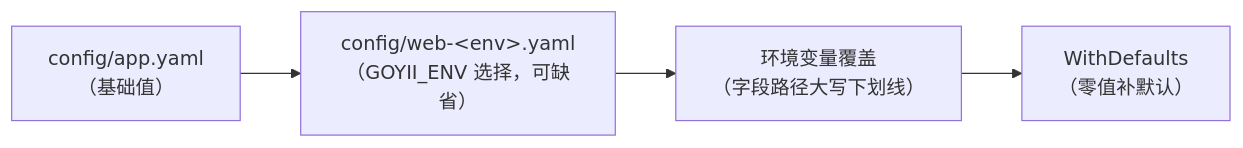
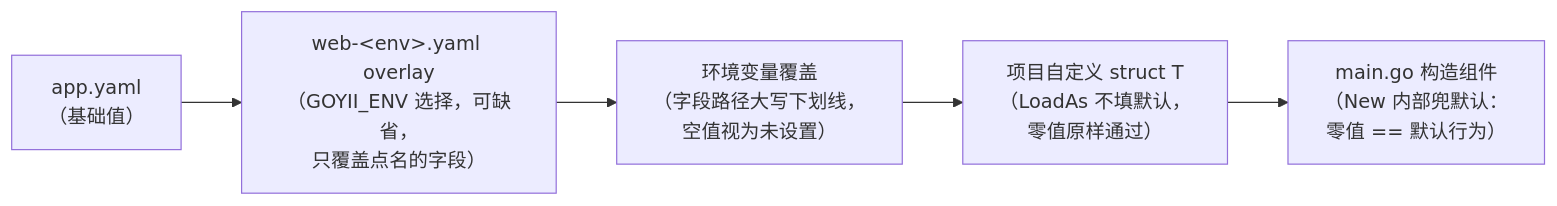
Before and after one commit to goyii2/framework: the diagram in docs/配置参考.md, drawn with Mermaid. The commit also changed other lines of this file and 2 other files, not shown here.

````diff
--- a/docs/配置参考.md
+++ b/docs/配置参考.md
@@ -7,6 +7,7 @@
 ```mermaid
 flowchart LR
-    A["config/app.yaml<br/>（基础值）"] --> B["config/web-&lt;env&gt;.yaml<br/>（GOYII_ENV 选择，可缺省）"]
-    B --> C["环境变量覆盖<br/>（字段路径大写下划线）"]
-    C --> D["WithDefaults<br/>（零值补默认）"]
+    A["app.yaml<br/>（基础值）"] --> B["web-&lt;env&gt;.yaml overlay<br/>（GOYII_ENV 选择，可缺省，<br/>只覆盖点名的字段）"]
+    B --> C["环境变量覆盖<br/>（字段路径大写下划线，<br/>空值视为未设置）"]
+    C --> D["项目自定义 struct T<br/>（LoadAs 不填默认，<br/>零值原样通过）"]
+    D --> E["main.go 构造组件<br/>（New 内部兜默认：<br/>零值 == 默认行为）"]
 ```
````
